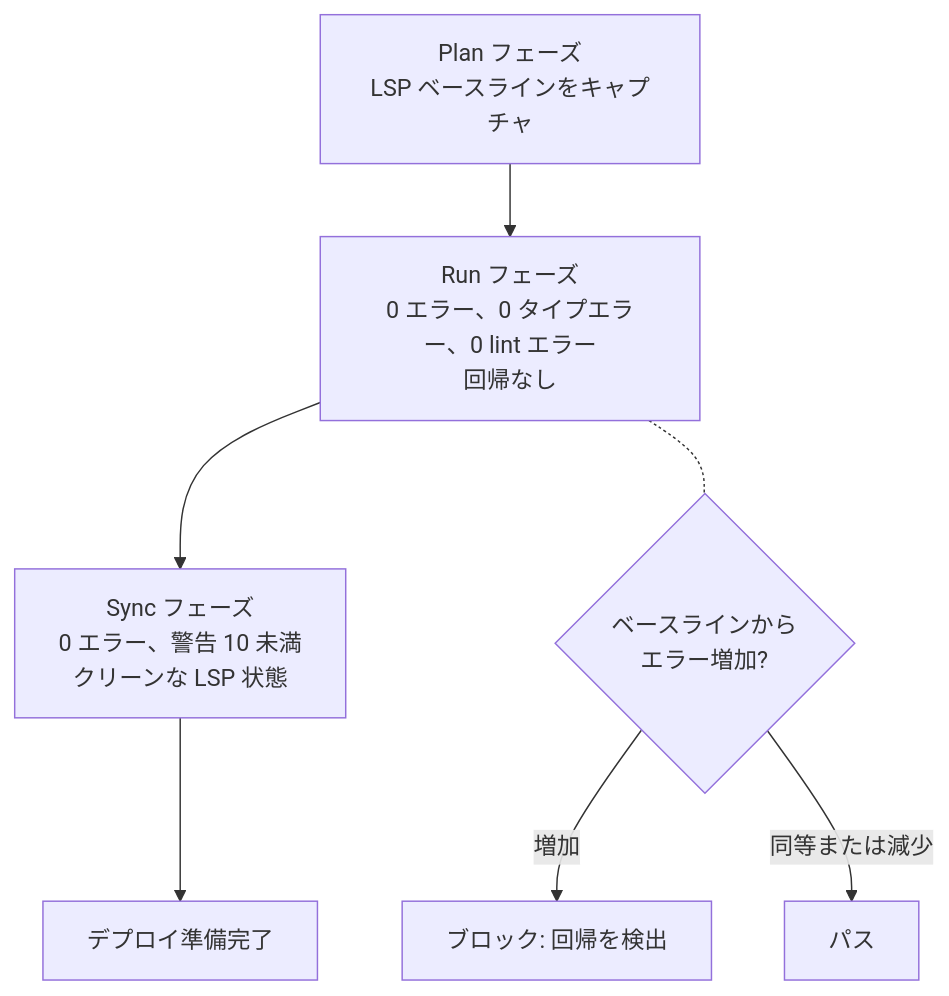
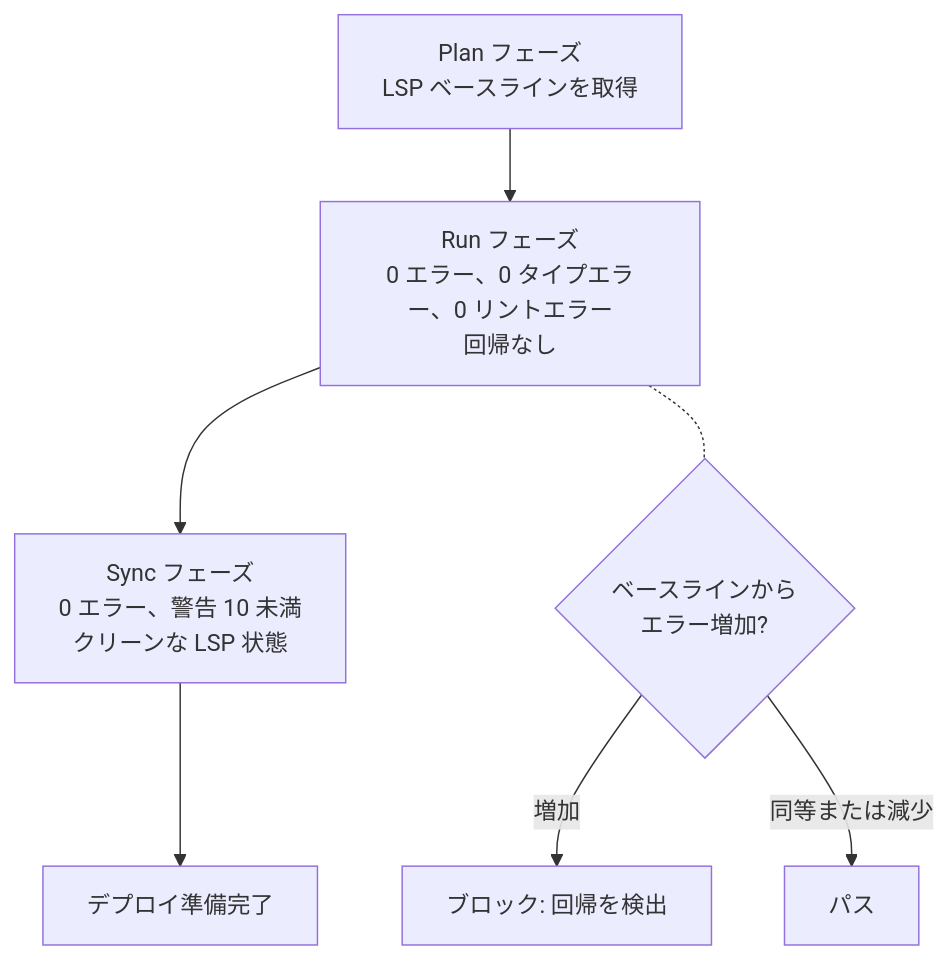
The second of 3 diagrams in docs-site/content/ja/core-concepts/trust-5.md (modu-ai/moai-adk), drawn with Mermaid before and after one commit. The commit also changed other lines of this file and 4 other files, not shown here.

````diff
--- a/docs-site/content/ja/core-concepts/trust-5.md
+++ b/docs-site/content/ja/core-concepts/trust-5.md
@@ -285,10 +285,10 @@
 ```mermaid
 flowchart TD
-    P["Plan フェーズ<br>LSP ベースラインをキャプチャ"] --> R["Run フェーズ<br>0 エラー、0 タイプエラー、0 lint エラー<br>回帰なし"]
+    P["Plan フェーズ<br>LSP ベースラインを取得"] --> R["Run フェーズ<br>0 エラー、0 タイプエラー、0 リントエラー<br>回帰なし"]
     R --> S["Sync フェーズ<br>0 エラー、警告 10 未満<br>クリーンな LSP 状態"]
     S --> Deploy["デプロイ準備完了"]
 
     R -.- RCheck{"ベースラインから<br>エラー増加?"}
     RCheck -->|"増加"| Block["ブロック: 回帰を検出"]
     RCheck -->|"同等または減少"| Pass["パス"]
 ```
````
